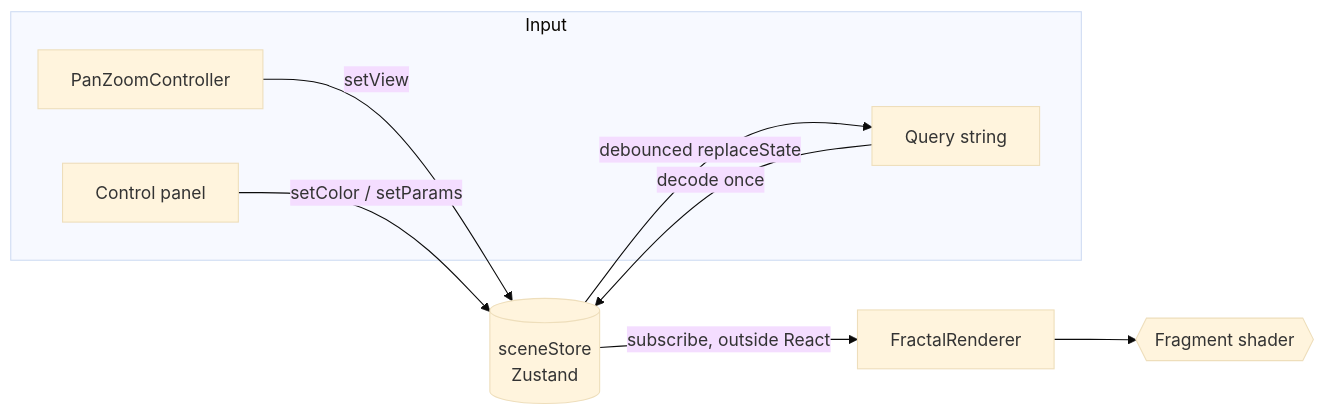
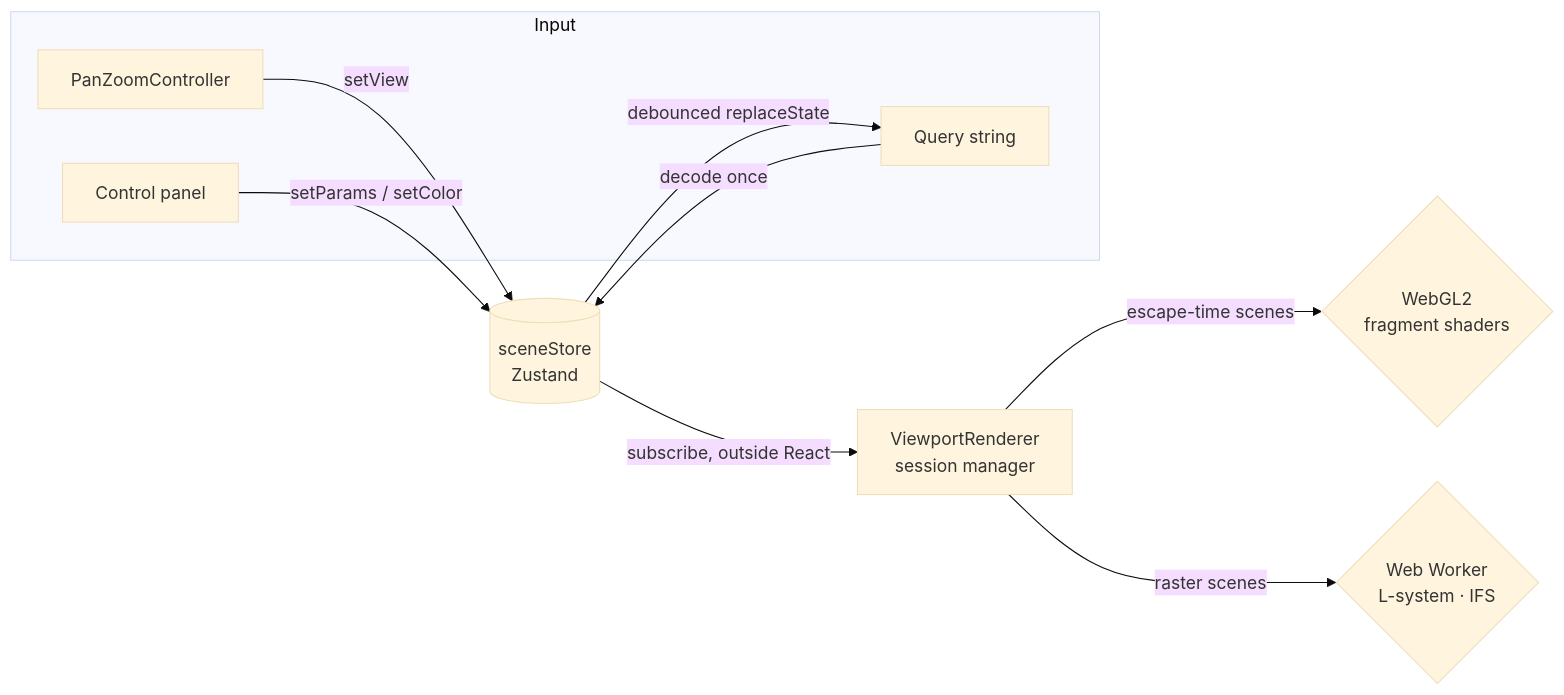
Before and after one commit to camilorav31/fractal-atlas: the diagram in README.md, drawn with Mermaid (base theme). The commit also changed other lines of this file and 10 other files, not shown here.

````diff
--- a/README.md
+++ b/README.md
@@ -94,17 +106,19 @@
 ```mermaid
 flowchart LR
   subgraph Input
     P[PanZoomController]
     UI[Control panel]
     URL[Query string]
   end
   S[(sceneStore<br/>Zustand)]
-  R[FractalRenderer]
-  GPU{{Fragment shader}}
+  V[ViewportRenderer<br/>session manager]
+  GPU{WebGL2<br/>fragment shaders}
+  W{Web Worker<br/>L-system · IFS}
   P -- setView --> S
-  UI -- setColor / setParams --> S
+  UI -- setParams / setColor --> S
   URL -- decode once --> S
-  S -- subscribe, outside React --> R
+  S -- subscribe, outside React --> V
   S -- debounced replaceState --> URL
-  R --> GPU
+  V -- escape-time scenes --> GPU
+  V -- raster scenes --> W
 ```
````
